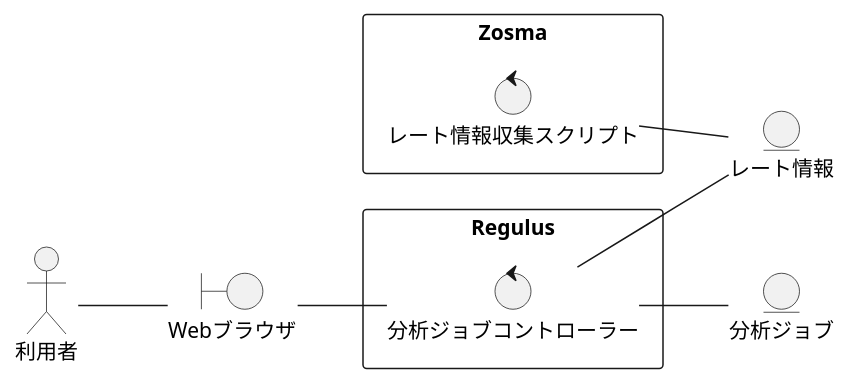
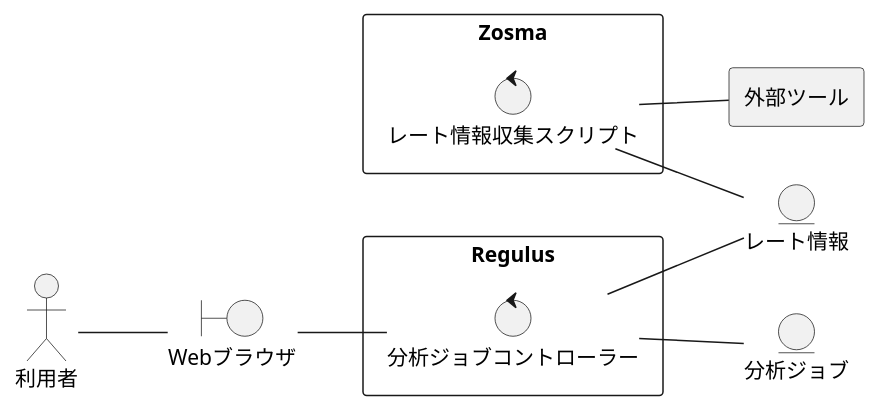
Before and after one commit to Leonis0813/chort: the diagram in fx-rate_estimator/index.rst, drawn with PlantUML.

Commit message:
modify index

```diff
--- a/fx-rate_estimator/index.rst
+++ b/fx-rate_estimator/index.rst
@@ -17,22 +17,26 @@
 .. uml::
 
    left to right direction
    skinparam packageStyle rect
    actor 利用者
    boundary Webブラウザ
    entity レート情報
    entity 分析ジョブ
 
    利用者 -- Webブラウザ
 
    rectangle Regulus {
      control 分析ジョブコントローラー
      Webブラウザ -- 分析ジョブコントローラー
      分析ジョブコントローラー -- レート情報
      分析ジョブコントローラー -- 分析ジョブ
    }
 
+   rectangle 外部ツール {
+   }
+
    rectangle Zosma {
      control レート情報収集スクリプト
+     レート情報収集スクリプト -- 外部ツール
      レート情報収集スクリプト -- レート情報
    }
```
